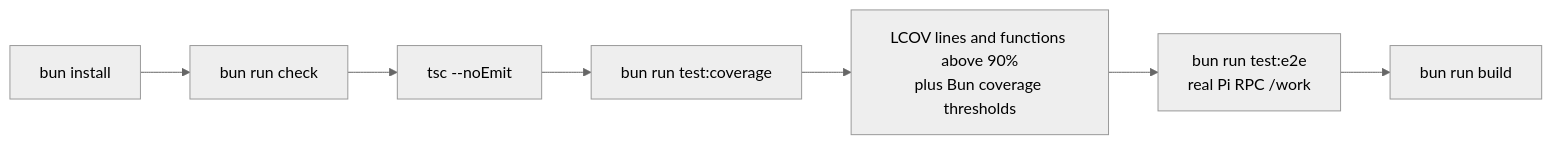
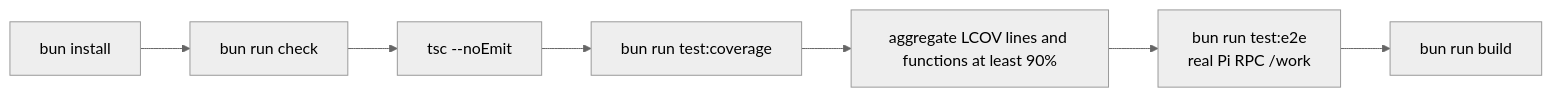
One commit to wichayutdew/pi-workflows changed the first of 5 diagrams in openwiki/development/testing.md. Above: the diagram before and after it, drawn with Mermaid (neutral theme). The commit also changed other lines of this file and 180 other files, not shown here.

````diff
--- a/openwiki/development/testing.md
+++ b/openwiki/development/testing.md
@@ -5,9 +5,9 @@
 ```mermaid
 flowchart LR
   Install[bun install] --> Check[bun run check]
   Check --> Typecheck[tsc --noEmit]
   Typecheck --> Tests[bun run test:coverage]
-  Tests --> Coverage[LCOV lines and functions above 90%<br/>plus Bun coverage thresholds]
+  Tests --> Coverage[aggregate LCOV lines and functions at least 90%]
   Coverage --> E2E[bun run test:e2e<br/>real Pi RPC /work]
   E2E --> Build[bun run build]
 ```
````
